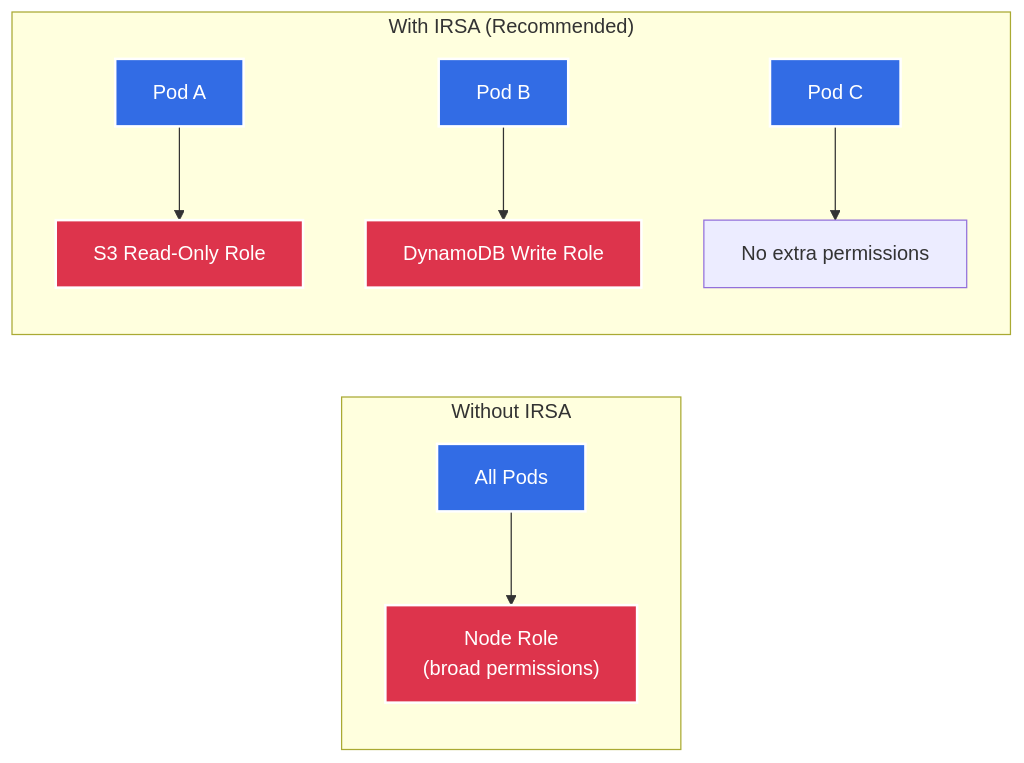
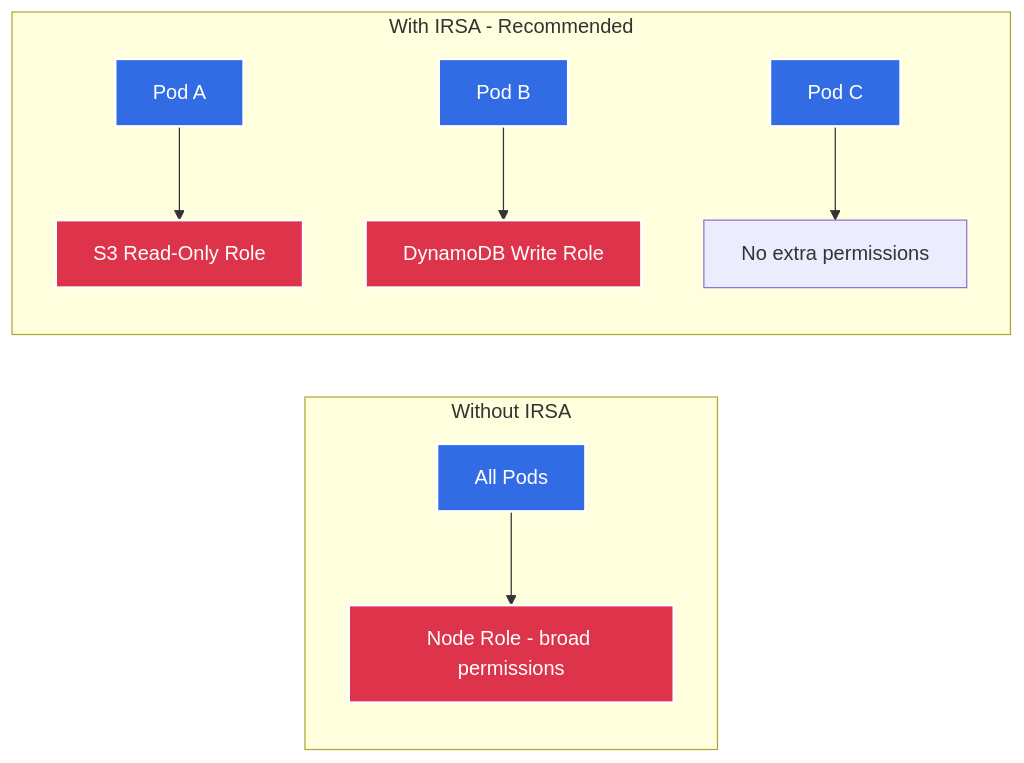
One commit to selvakumarperumal/EKS_k8s_custom_template_with_Terraform changed the second of 2 diagrams in modules/iam/README.md. Above: the diagram before and after it, drawn with Mermaid. The commit also changed other lines of this file and 5 other files, not shown here.

Commit message:
docs: rewrite all module READMEs with fixed Mermaid diagrams and Terraform code snippets

````diff
--- a/modules/iam/README.md
+++ b/modules/iam/README.md
@@ -99,18 +155,18 @@
 ```mermaid
 graph LR
-    classDef iam fill:#DD344C,stroke:#fff,stroke-width:2px,color:#fff
-    classDef k8s fill:#326CE5,stroke:#fff,stroke-width:2px,color:#fff
+    classDef iamStyle fill:#DD344C,stroke:#fff,stroke-width:2px,color:#fff
+    classDef k8sStyle fill:#326CE5,stroke:#fff,stroke-width:2px,color:#fff
 
     subgraph Without_IRSA ["Without IRSA"]
-        AllPods["All Pods"] --> NodeRole2["Node Role<br/>(broad permissions)"]
+        AllPods["All Pods"] --> NodeRole2["Node Role - broad permissions"]
     end
 
-    subgraph With_IRSA ["With IRSA (Recommended)"]
+    subgraph With_IRSA ["With IRSA - Recommended"]
         PodA["Pod A"] --> RoleA["S3 Read-Only Role"]
         PodB["Pod B"] --> RoleB["DynamoDB Write Role"]
-        PodC["Pod C"] --> NodeRole3["No extra permissions"]
+        PodC["Pod C"] --> RoleC["No extra permissions"]
     end
 
-    class NodeRole2,RoleA,RoleB iam
-    class AllPods,PodA,PodB,PodC k8s
+    class NodeRole2,RoleA,RoleB iamStyle
+    class AllPods,PodA,PodB,PodC k8sStyle
 ```
````
